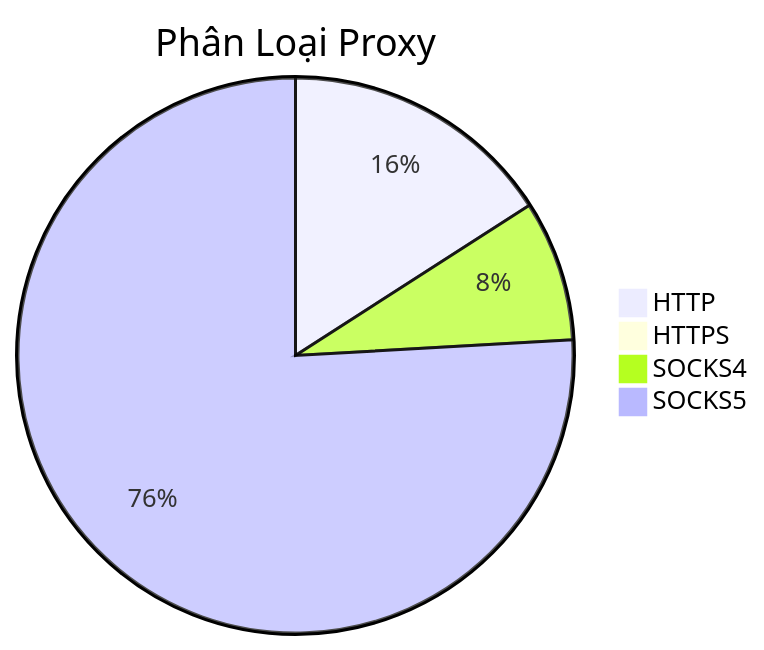
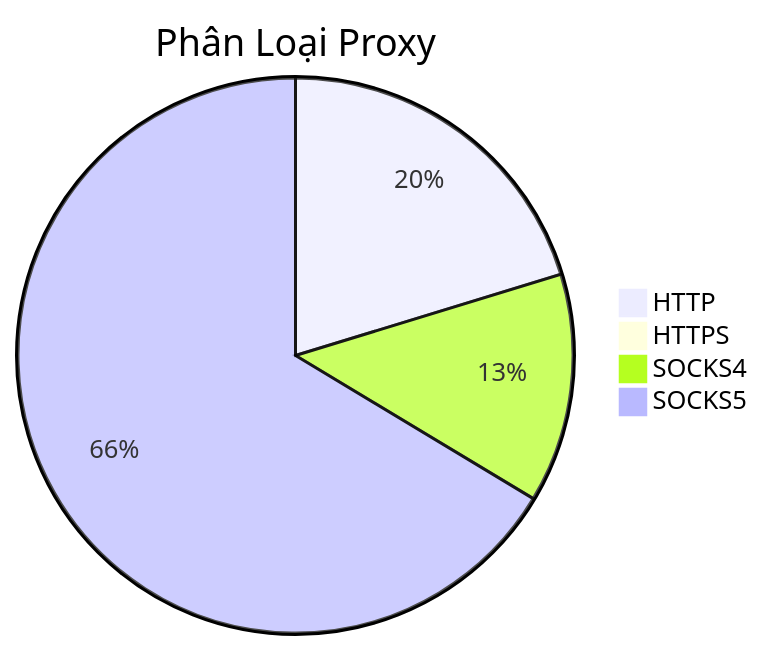
The diagram in README.md (Ciara-12/PROXY-free), drawn with Mermaid before and after one commit. The commit also changed other lines of this file and 4 other files, not shown here.

````diff
--- a/README.md
+++ b/README.md
@@ -26,7 +26,7 @@
 ```mermaid
 pie title Phân Loại Proxy
-    "HTTP" : 412
-    "HTTPS" : 0
-    "SOCKS4" : 212
-    "SOCKS5" : 1965
+    "HTTP" : 463
+    "HTTPS" : 2
+    "SOCKS4" : 305
+    "SOCKS5" : 1516
 ```
````
